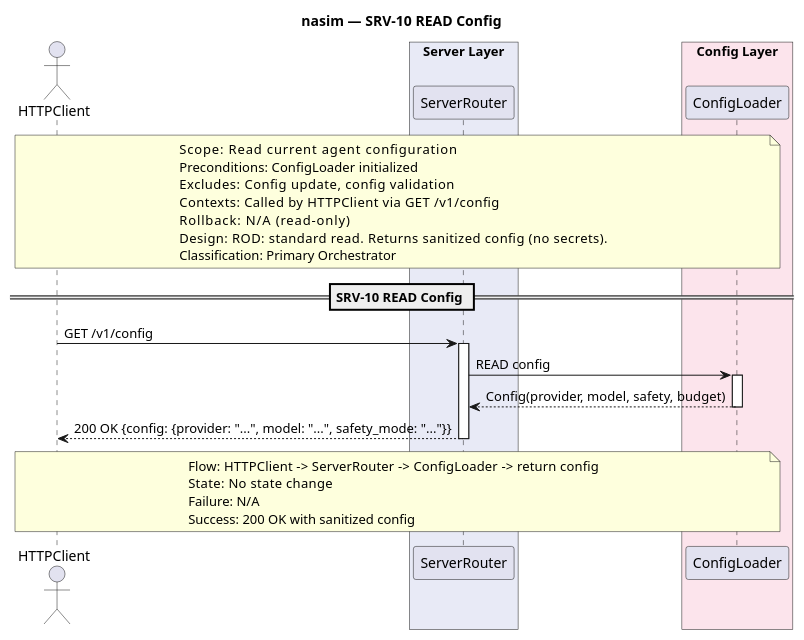
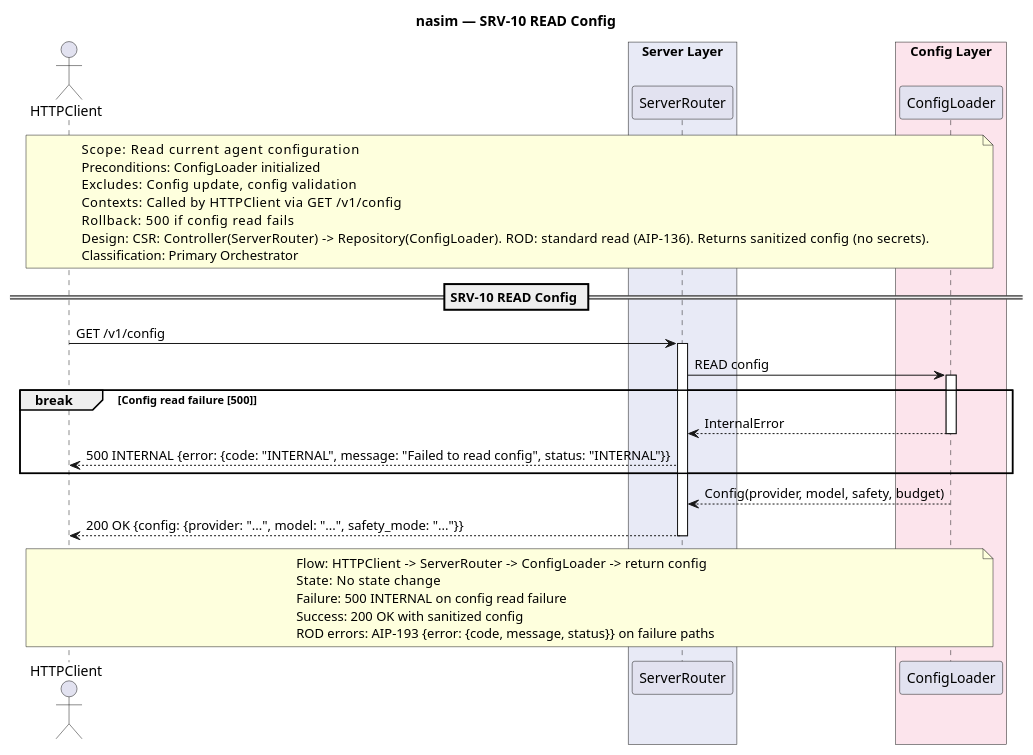
The diagram in docs/SQ/SRV/sq_srv10_read_config.puml (salimnamvar/nasim), drawn with PlantUML before and after one commit. The commit also changed 21 other files, not shown here.

First line of the commit message:
docs(audit): Complete CAR loop for nasim design chain, ensuring zero leakage and full synchronization across C4, UC, SM, and SQ layers

```diff
--- a/docs/SQ/SRV/sq_srv10_read_config.puml
+++ b/docs/SQ/SRV/sq_srv10_read_config.puml
@@ -1,53 +1,61 @@
 @startuml sq_srv10_read_config
 ' ============================================================
 ' Title:     SRV-10 — READ Config
 ' Boundary:  nasim code agent HTTP API
 ' Purpose:   Read current agent configuration
 ' Milestone: v1.0
-' Version:   1.0.0
+' Version:   3.0.0
 ' Source:    docs/UC/README.md
-' Review:    docs/SQ/README.md
+' Review:    Prompt audit 2026-06-21 (cop.md: AIP-193 error path added)
 ' ============================================================
 
 title nasim — SRV-10 READ Config
 
 actor "HTTPClient" as client
 
 box "Server Layer" #E8EAF6
   participant "ServerRouter" as router
 end box
 box "Config Layer" #FCE4EC
   participant "ConfigLoader" as config
 end box
 
 note over client, config
   Scope:          Read current agent configuration
   Preconditions:  ConfigLoader initialized
   Excludes:       Config update, config validation
   Contexts:       Called by HTTPClient via GET /v1/config
-  Rollback:       N/A (read-only)
-  Design:         ROD: standard read. Returns sanitized config (no secrets).
+  Rollback:       500 if config read fails
+  Design:         CSR: Controller(ServerRouter) -> Repository(ConfigLoader). ROD: standard read (AIP-136). Returns sanitized config (no secrets).
   Classification: Primary Orchestrator
 end note
 
 == SRV-10 READ Config ==
 
 client -> router : GET /v1/config
 activate router
 
 router -> config : READ config
 activate config
+
+break Config read failure [500]
+    config --> router : InternalError
+    deactivate config
+    router --> client : 500 INTERNAL {error: {code: "INTERNAL", message: "Failed to read config", status: "INTERNAL"}}
+end
+
 config --> router : Config(provider, model, safety, budget)
 deactivate config
 
 router --> client : 200 OK {config: {provider: "...", model: "...", safety_mode: "..."}}
 deactivate router
 
 note over client, config
   Flow:    HTTPClient -> ServerRouter -> ConfigLoader -> return config
   State:   No state change
-  Failure: N/A
+  Failure: 500 INTERNAL on config read failure
   Success: 200 OK with sanitized config
+  ROD errors: AIP-193 {error: {code, message, status}} on failure paths
 end note
 
 @enduml
```
